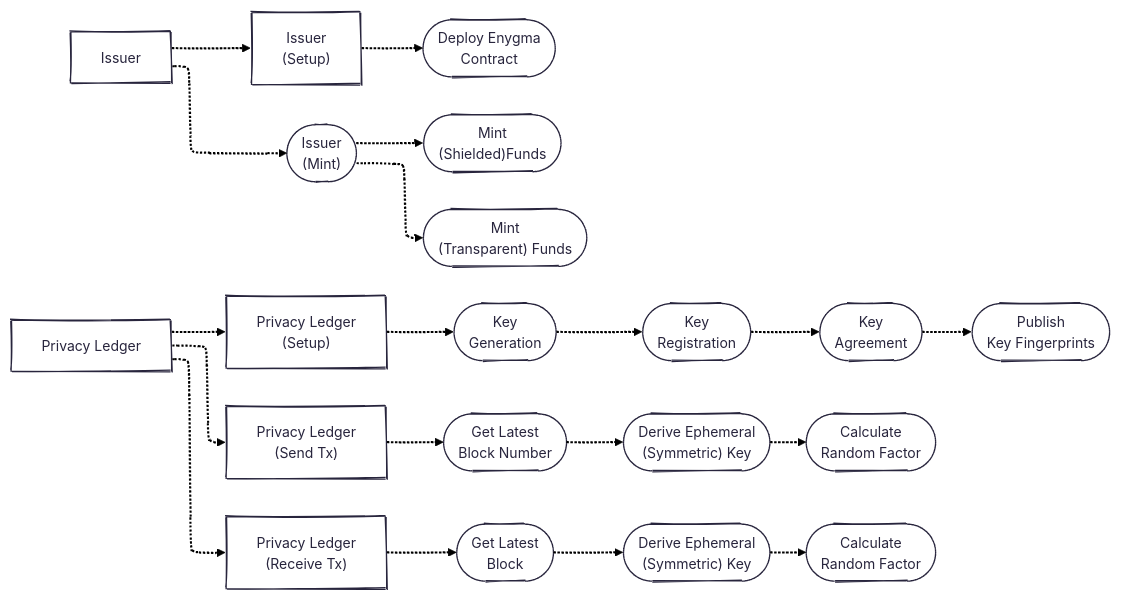
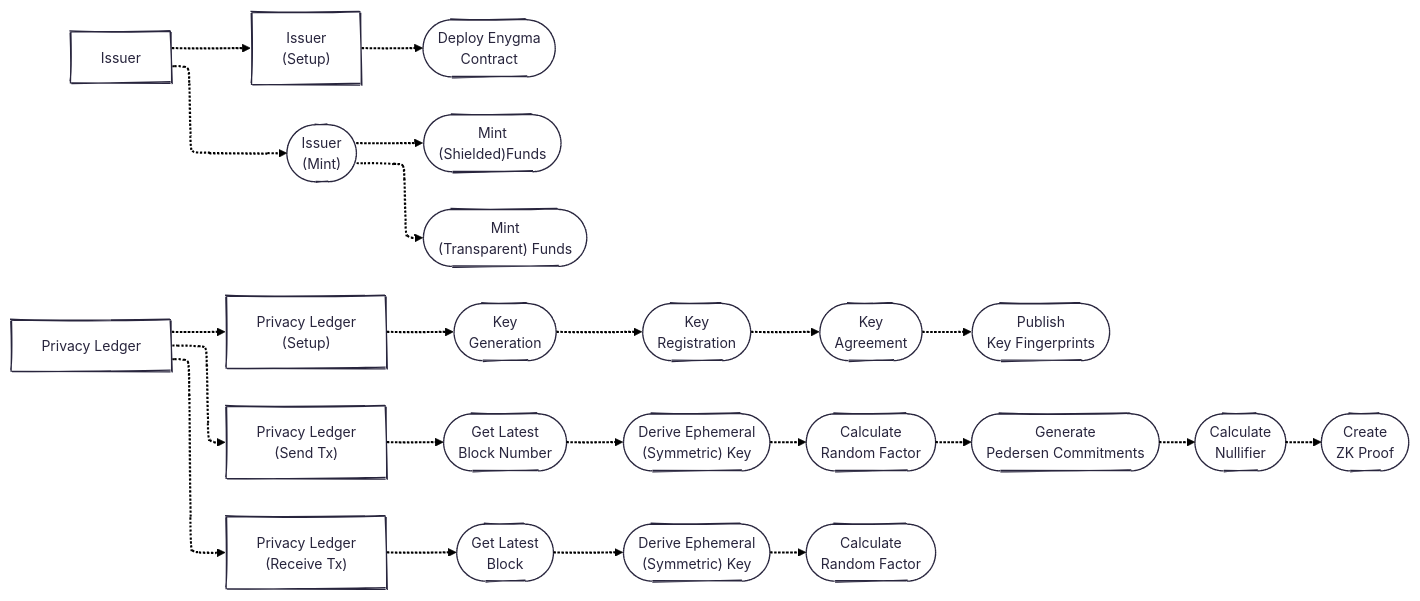
One commit to raylsnetwork/Enygma changed the second of 3 diagrams in enygma_payments/README.md. Above: the diagram before and after it, drawn with Mermaid.

````diff
--- a/enygma_payments/README.md
+++ b/enygma_payments/README.md
@@ -52,47 +52,50 @@
 ```mermaid
 ---
 config:
   theme: redux
   layout: elk
   look: handDrawn
 ---
 flowchart LR
     issuer["Issuer"]
     i_setup["Issuer<br>(Setup)"]
     deploy(["Deploy Enygma<br>Contract"])
 
     i_mint(["Issuer<br>(Mint)"])
     mint_shield(["Mint<br>(Shielded)Funds"])
     mint_transparent(["Mint<br>(Transparent) Funds"])
 
     pl["Privacy Ledger"]
     pl_setup["Privacy Ledger<br>(Setup)"]
     keygen(["Key<br>Generation"])
     register(["Key<br>Registration"])
     kem(["Key<br>Agreement"])
     publish(["Publish<br>Key Fingerprints"])
 
     pl_send["Privacy Ledger<br>(Send Tx)"]
 
     getblock_send(["Get Latest<br>Block Number"])
     getblock_receive(["Get Latest<br>Block"])
 
     derivesendkey(["Derive Ephemeral<br>(Symmetric) Key"])
-    derivereceivekey(["Derive Ephemeral<br>(Symmetric) Key"])
 
     calcR_send(["Calculate<br>Random Factor"])
-    calcR_receive(["Calculate<br>Random Factor"])
+    tx_commits(["Generate<br>Pedersen Commitments"])
+    nullifier(["Calculate<br>Nullifier"])
+    zk_proof(["Create<br>ZK Proof"])
 
     pl_receive["Privacy Ledger<br>(Receive Tx)"]
+    derivereceivekey(["Derive Ephemeral<br>(Symmetric) Key"])
+    calcR_receive(["Calculate<br>Random Factor"])
 
 
     issuer -.-> i_setup & i_mint
     i_setup -.-> deploy
     i_mint -.-> mint_shield & mint_transparent
 
     pl -.-> pl_setup & pl_send & pl_receive
 
     pl_setup -.-> keygen -.-> register -.-> kem -.-> publish
-    pl_send -.-> getblock_send -.-> derivesendkey -.-> calcR_send
+    pl_send -.-> getblock_send -.-> derivesendkey -.-> calcR_send -.-> tx_commits -.-> nullifier -.-> zk_proof
     pl_receive -.-> getblock_receive -.-> derivereceivekey -.-> calcR_receive
 ```
````
